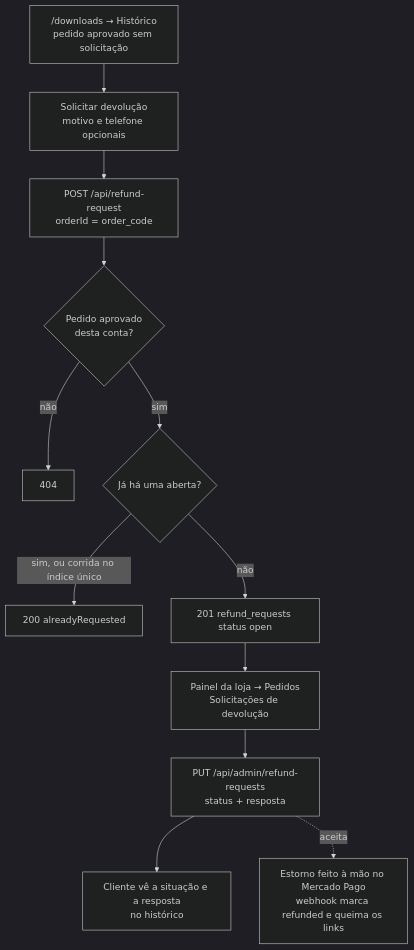
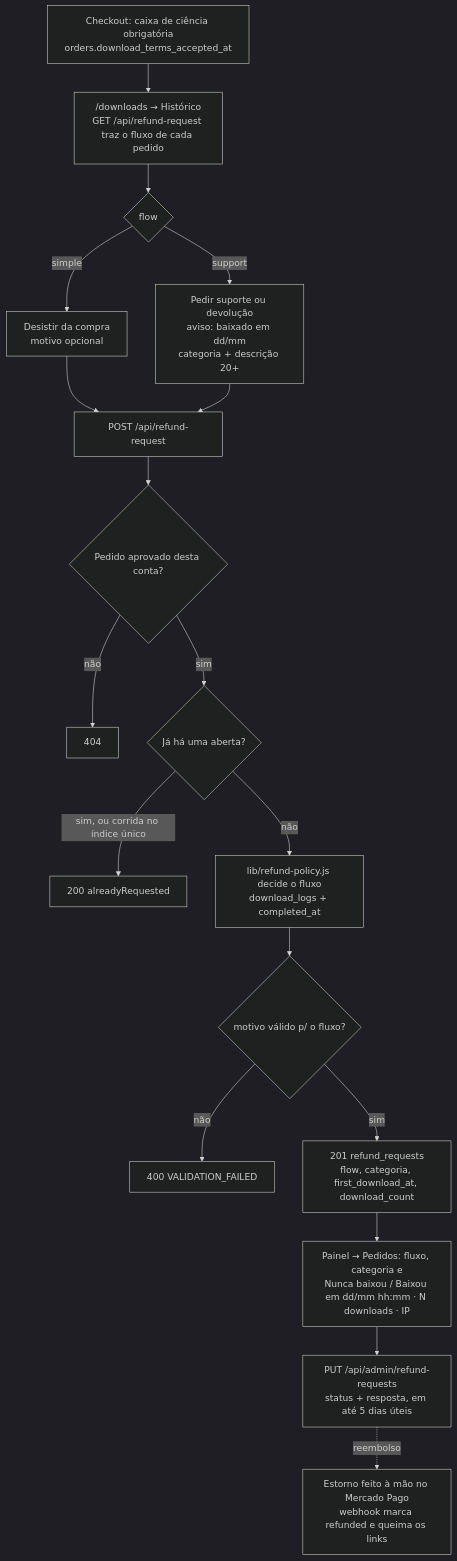
The seventh of 17 diagrams in docs/05-FLUXOS.md (JoaoLuisC/Atelie-escolar), drawn with Mermaid (dark theme) before and after one commit. The commit also changed other lines of this file and 26 other files, not shown here.

First line of the commit message:
feat(devolucao): regra por download, caixa de ciência no checkout e políticas atualizadas

````diff
--- a/docs/05-FLUXOS.md
+++ b/docs/05-FLUXOS.md
@@ -261,14 +270,20 @@
 ```mermaid
 flowchart TD
-    A["/downloads → Histórico<br/>pedido aprovado sem solicitação"] --> B[Solicitar devolução<br/>motivo e telefone opcionais]
-    B --> C[POST /api/refund-request<br/>orderId = order_code]
-    C --> C1{Pedido aprovado<br/>desta conta?}
+    K[Checkout: caixa de ciência obrigatória<br/>orders.download_terms_accepted_at] --> A
+    A["/downloads → Histórico<br/>GET /api/refund-request traz o fluxo de cada pedido"] --> B{flow}
+    B -->|simple| S[Desistir da compra<br/>motivo opcional]
+    B -->|support| P[Pedir suporte ou devolução<br/>aviso: baixado em dd/mm<br/>categoria + descrição 20+]
+    S --> C[POST /api/refund-request]
+    P --> C
+    C --> C1{Pedido aprovado desta conta?}
     C1 -->|não| C2[404]
     C1 -->|sim| C3{Já há uma aberta?}
     C3 -->|sim, ou corrida no índice único| C4[200 alreadyRequested]
-    C3 -->|não| C5[201 refund_requests status open]
-    C5 --> D[Painel da loja → Pedidos<br/>Solicitações de devolução]
-    D --> E[PUT /api/admin/refund-requests<br/>status + resposta]
-    E --> F[Cliente vê a situação e a resposta<br/>no histórico]
-    E -.->|aceita| G[Estorno feito à mão no Mercado Pago<br/>webhook marca refunded e queima os links]
+    C3 -->|não| R[lib/refund-policy.js decide o fluxo<br/>download_logs + completed_at]
+    R --> R1{motivo válido p/ o fluxo?}
+    R1 -->|não| R2[400 VALIDATION_FAILED]
+    R1 -->|sim| C5[201 refund_requests<br/>flow, categoria, first_download_at, download_count]
+    C5 --> D[Painel → Pedidos: fluxo, categoria e<br/>Nunca baixou / Baixou em dd/mm hh:mm · N downloads · IP]
+    D --> E[PUT /api/admin/refund-requests<br/>status + resposta, em até 5 dias úteis]
+    E -.->|reembolso| G[Estorno feito à mão no Mercado Pago<br/>webhook marca refunded e queima os links]
 ```
````
